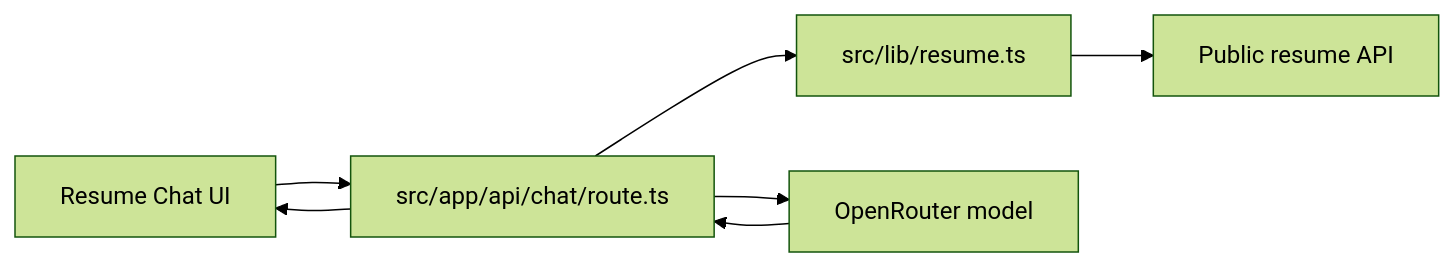
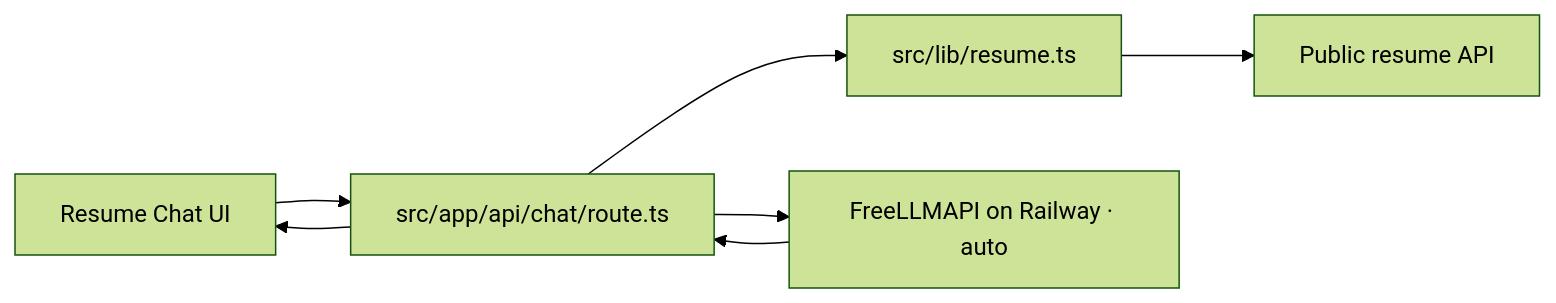
Before and after one commit to aranlucas/resume-chat: the diagram in README.md, drawn with Mermaid (forest theme). The commit also changed other lines of this file and 8 other files, not shown here.

First line of the commit message:
feat(chat): switch to FreeLLMAPI on Railway with auto model (#64)

````diff
--- a/README.md
+++ b/README.md
@@ -105,9 +106,9 @@
 ```mermaid
 flowchart LR
   Browser[Resume Chat UI] --> Route[src/app/api/chat/route.ts]
   Route --> Resume[src/lib/resume.ts]
   Resume --> API[Public resume API]
-  Route --> OpenRouter[OpenRouter model]
-  OpenRouter --> Route
+  Route --> FreeLLMAPI[FreeLLMAPI on Railway · auto]
+  FreeLLMAPI --> Route
   Route --> Browser
 ```
````
